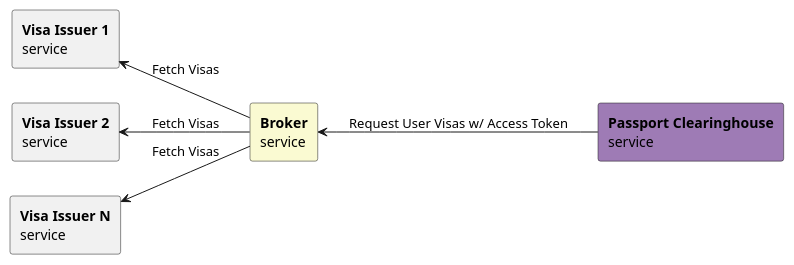
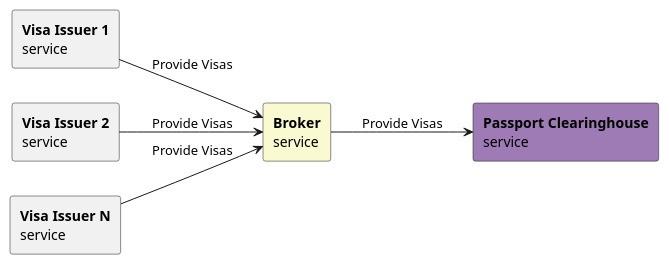
One commit to ga4gh/data-security changed the diagram in AAI/README.md. Above: the diagram before and after it, drawn with PlantUML.

Commit message:
Update intro diagram to show flow of visas instead of flow of requests

```diff
--- a/AAI/README.md
+++ b/AAI/README.md
@@ -89,17 +89,17 @@
 @startuml
 skinparam componentStyle rectangle
 left to right direction
 
 component "<b>Visa Issuer 1</b>\nservice" as Issuer1
 component "<b>Visa Issuer 2</b>\nservice" as Issuer2
 component "<b>Visa Issuer N</b>\nservice" as IssuerN
 
 component "<b>Broker</b>\nservice" as Broker #FAFAD2
 component "<b>Passport Clearinghouse</b>\nservice" as ClearingHouse #9E7BB5
 
-Issuer1 <-- Broker : Fetch Visas
-Issuer2 <-- Broker : Fetch Visas
-IssuerN <-- Broker : Fetch Visas
-Broker <-- ClearingHouse : Request User Visas w/ Access Token
+Issuer1 --> Broker : Provide Visas
+Issuer2 --> Broker : Provide Visas
+IssuerN --> Broker : Provide Visas
+Broker --> ClearingHouse : Provide Visas
 
 @enduml
```
